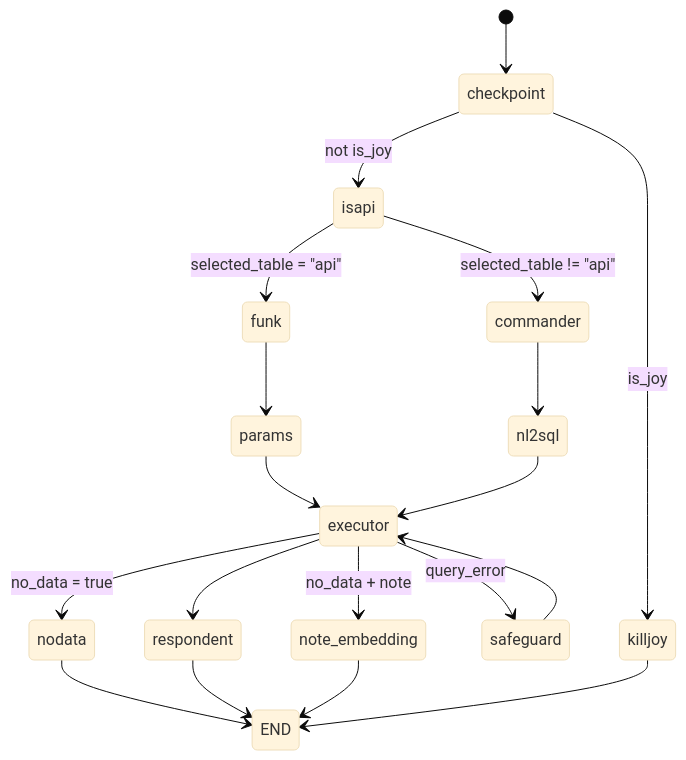
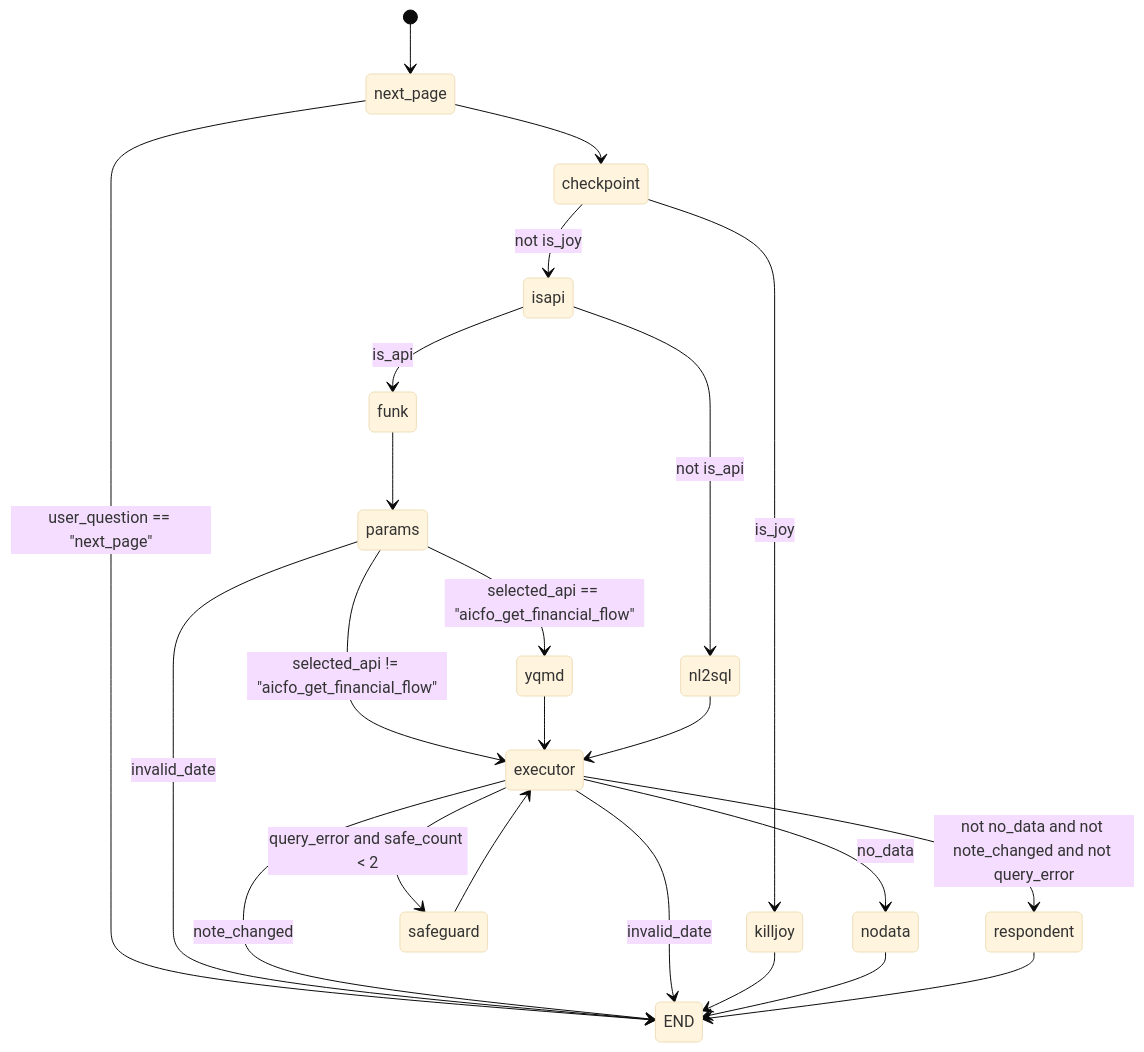
The diagram in README.md (kangbw0420/QUVI), drawn with Mermaid (base theme) before and after one commit. The commit also changed other lines of this file and 60 other files, not shown here.

````diff
--- a/README.md
+++ b/README.md
@@ -7,30 +2,33 @@
 ```mermaid
 stateDiagram-v2
-    [*] --> checkpoint
+    [*] --> next_page
+    next_page --> checkpoint
+    next_page --> END: user_question == "next_page"
 
     checkpoint --> isapi: not is_joy
     checkpoint --> killjoy: is_joy
     
-    isapi --> funk: selected_table = "api"
-    isapi --> commander: selected_table != "api"
-    
-    commander --> nl2sql
+    isapi --> funk: is_api
+    isapi --> nl2sql: not is_api
     
     funk --> params
-    params --> executor
-
+    params --> yqmd: selected_api == "aicfo_get_financial_flow"
+    params --> executor: selected_api != "aicfo_get_financial_flow"
+    params --> END: invalid_date
+    
+    yqmd --> executor
+    
     nl2sql --> executor
     
-    executor --> nodata: no_data = true
-    executor --> respondent
-    executor --> note_embedding: no_data + note
-    executor --> safeguard: query_error
-
+    executor --> nodata: no_data
+    executor --> respondent: not no_data and not note_changed and not query_error
+    executor --> END: note_changed
+    executor --> safeguard: query_error and safe_count < 2
+    executor --> END: invalid_date
+    
     safeguard --> executor
     
-    note_embedding --> END
     killjoy --> END
     nodata --> END
     respondent --> END
-
 ```
````
